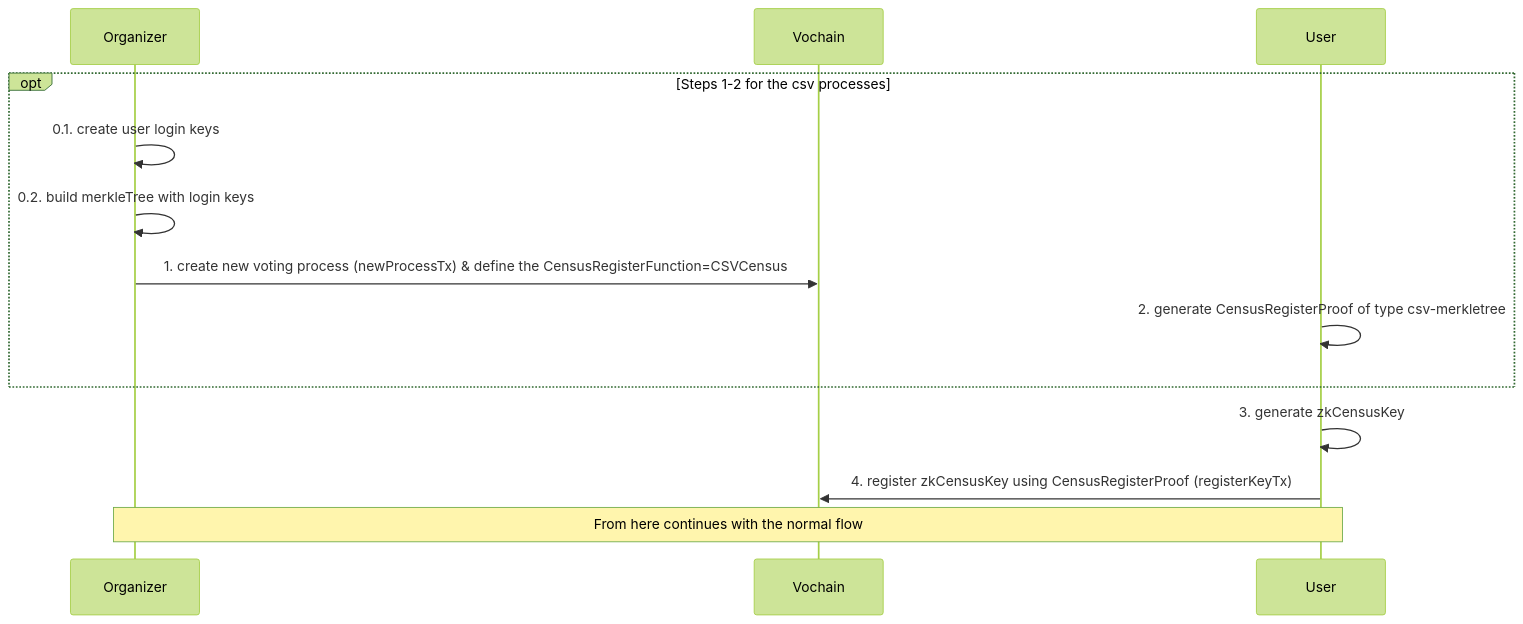
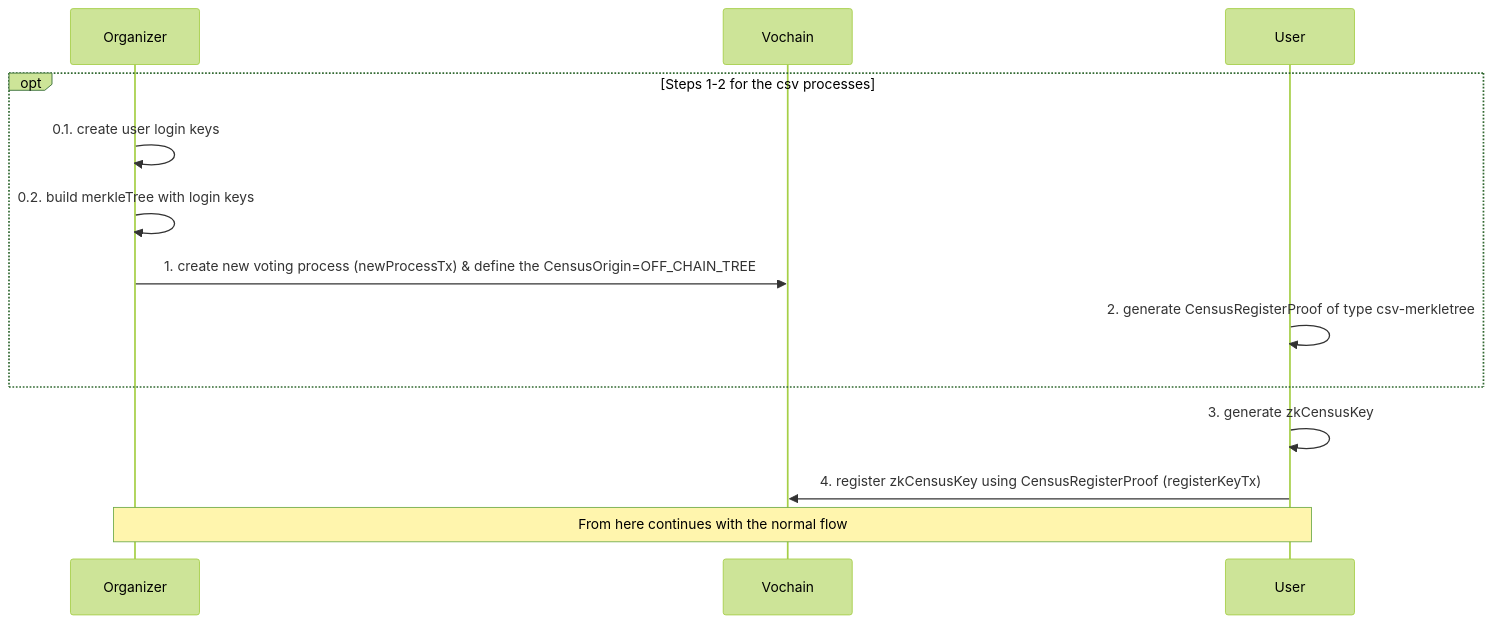
One commit to vocdoni/docs changed the second of 3 diagrams in src/architecture/protocol/anonymous-voting/zk-census-proof.md. Above: the diagram before and after it, drawn with Mermaid. The commit also changed other lines of this file and 2 other files, not shown here.

First line of the commit message:
Add process flag preRegister &update zk-census doc (#56)

````diff
--- a/src/architecture/protocol/anonymous-voting/zk-census-proof.md
+++ b/src/architecture/protocol/anonymous-voting/zk-census-proof.md
@@ -146,14 +148,14 @@
 ```mermaid
 %%{init: {'theme':'forest'}}%%
 
 sequenceDiagram
 opt Steps 1-2 for the csv processes
   Organizer->>Organizer: 0.1. create user login keys
   Organizer->>Organizer: 0.2. build merkleTree with login keys
-  Organizer->>Vochain: 1. create new voting process (newProcessTx) & define the CensusRegisterFunction=CSVCensus
+  Organizer->>Vochain: 1. create new voting process (newProcessTx) & define the CensusOrigin=OFF_CHAIN_TREE
   User->>User: 2. generate CensusRegisterProof of type csv-merkletree
 end
 User->>User: 3. generate zkCensusKey
 User->>Vochain: 4. register zkCensusKey using CensusRegisterProof (registerKeyTx)
 Note over Organizer,User: From here continues with the normal flow
 ```
````
